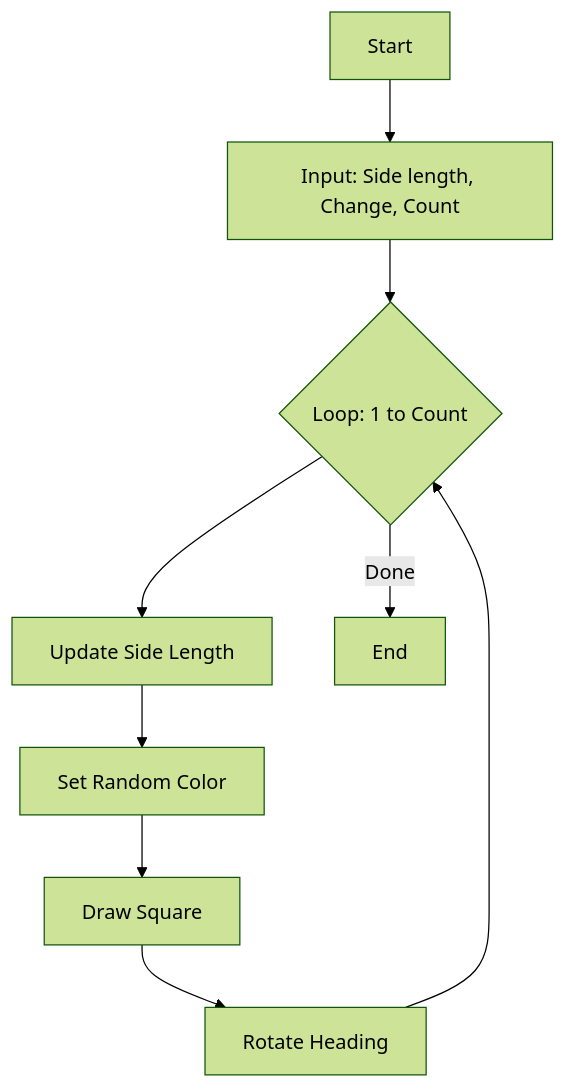
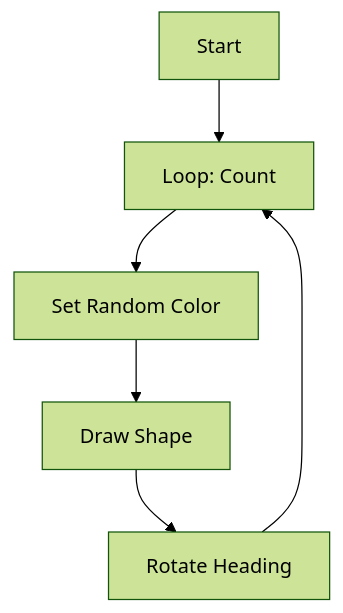
The first of 2 diagrams in 26-02-25/README.md (J-Moessmer/Python_excercises_BITLC), drawn with Mermaid (forest theme) before and after one commit. The commit also changed other lines of this file and 28 other files, not shown here.

````diff
--- a/26-02-25/README.md
+++ b/26-02-25/README.md
@@ -22,11 +38,8 @@
 ```mermaid
 graph TD
-    A[Start] --> B[Input: Side length, Change, Count]
-    B --> C{Loop: 1 to Count}
-    C --> D[Update Side Length]
-    D --> E[Set Random Color]
-    E --> F[Draw Square]
-    F --> G[Rotate Heading]
-    G --> C
-    C -- Done --> H[End]
+    A[Start] --> B[Loop: Count]
+    B --> C[Set Random Color]
+    C --> D[Draw Shape]
+    D --> E[Rotate Heading]
+    E --> B
 ```
````
